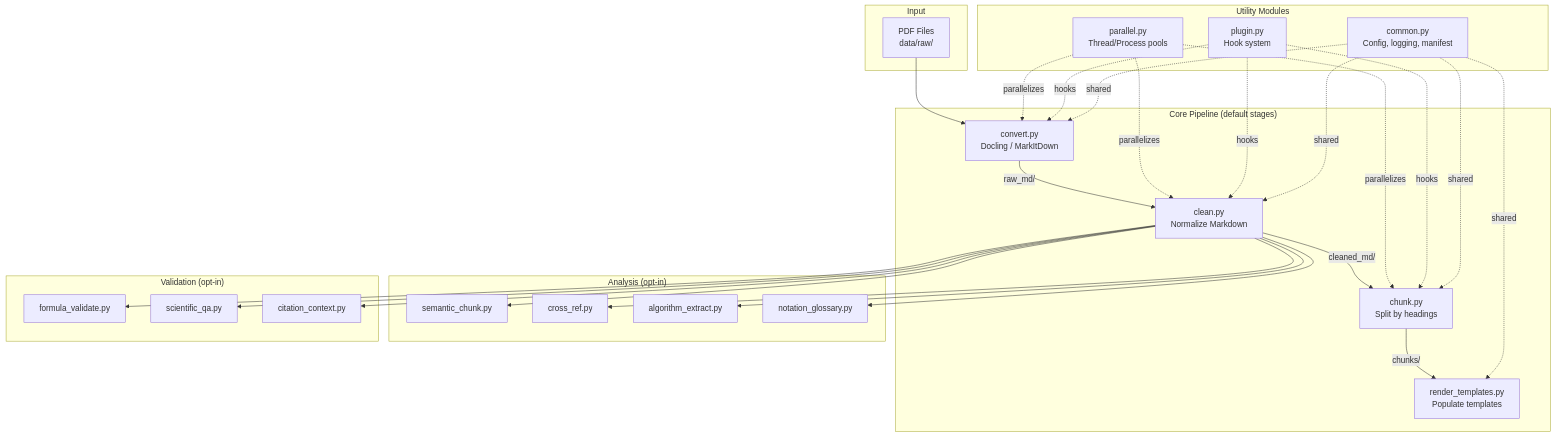
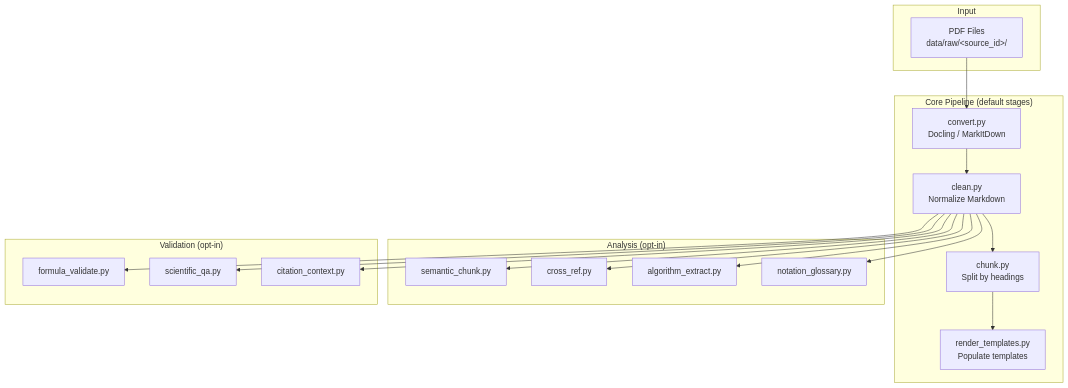
The diagram in docs/architecture/overview.md (PhiniteLab/pdf-to-markdown-pipeline), drawn with Mermaid before and after one commit. The commit also changed other lines of this file and 66 other files, not shown here.

````diff
--- a/docs/architecture/overview.md
+++ b/docs/architecture/overview.md
@@ -5,44 +5,34 @@
 ```mermaid
 graph TD
     subgraph Input
-        PDF[PDF Files<br/>data/raw/]
+        PDF[PDF Files<br/>data/raw/&lt;source_id&gt;/]
     end
 
     subgraph "Core Pipeline (default stages)"
         CONV[convert.py<br/>Docling / MarkItDown]
         CLEAN[clean.py<br/>Normalize Markdown]
         CHUNK[chunk.py<br/>Split by headings]
         RENDER[render_templates.py<br/>Populate templates]
     end
 
     subgraph "Analysis (opt-in)"
         SC[semantic_chunk.py]
         CR[cross_ref.py]
         AE[algorithm_extract.py]
         NG[notation_glossary.py]
     end
 
     subgraph "Validation (opt-in)"
         FV[formula_validate.py]
         SQA[scientific_qa.py]
         CC[citation_context.py]
     end
 
-    subgraph "Utility Modules"
-        PARA[parallel.py<br/>Thread/Process pools]
-        PLUG[plugin.py<br/>Hook system]
-        COMMON[common.py<br/>Config, logging, manifest]
-    end
-
     PDF --> CONV
-    CONV -->|raw_md/| CLEAN
-    CLEAN -->|cleaned_md/| CHUNK
-    CHUNK -->|chunks/| RENDER
+    CONV --> CLEAN
+    CLEAN --> CHUNK
+    CHUNK --> RENDER
 
     CLEAN --> SC & CR & AE & NG
     CLEAN --> FV & SQA & CC
-
-    PARA -.->|parallelizes| CONV & CLEAN & CHUNK
-    PLUG -.->|hooks| CONV & CLEAN & CHUNK
-    COMMON -.->|shared| CONV & CLEAN & CHUNK & RENDER
 ```
````
